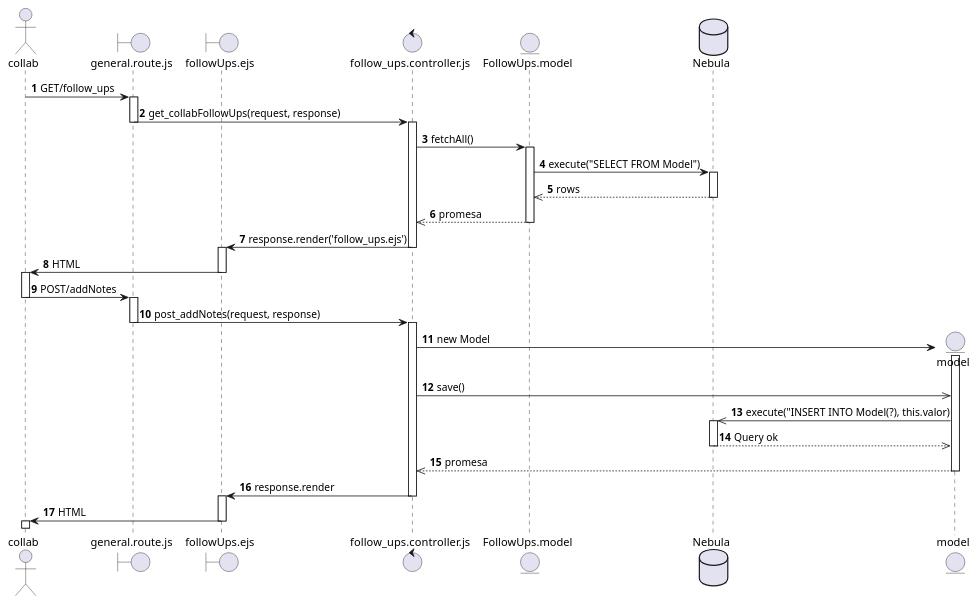
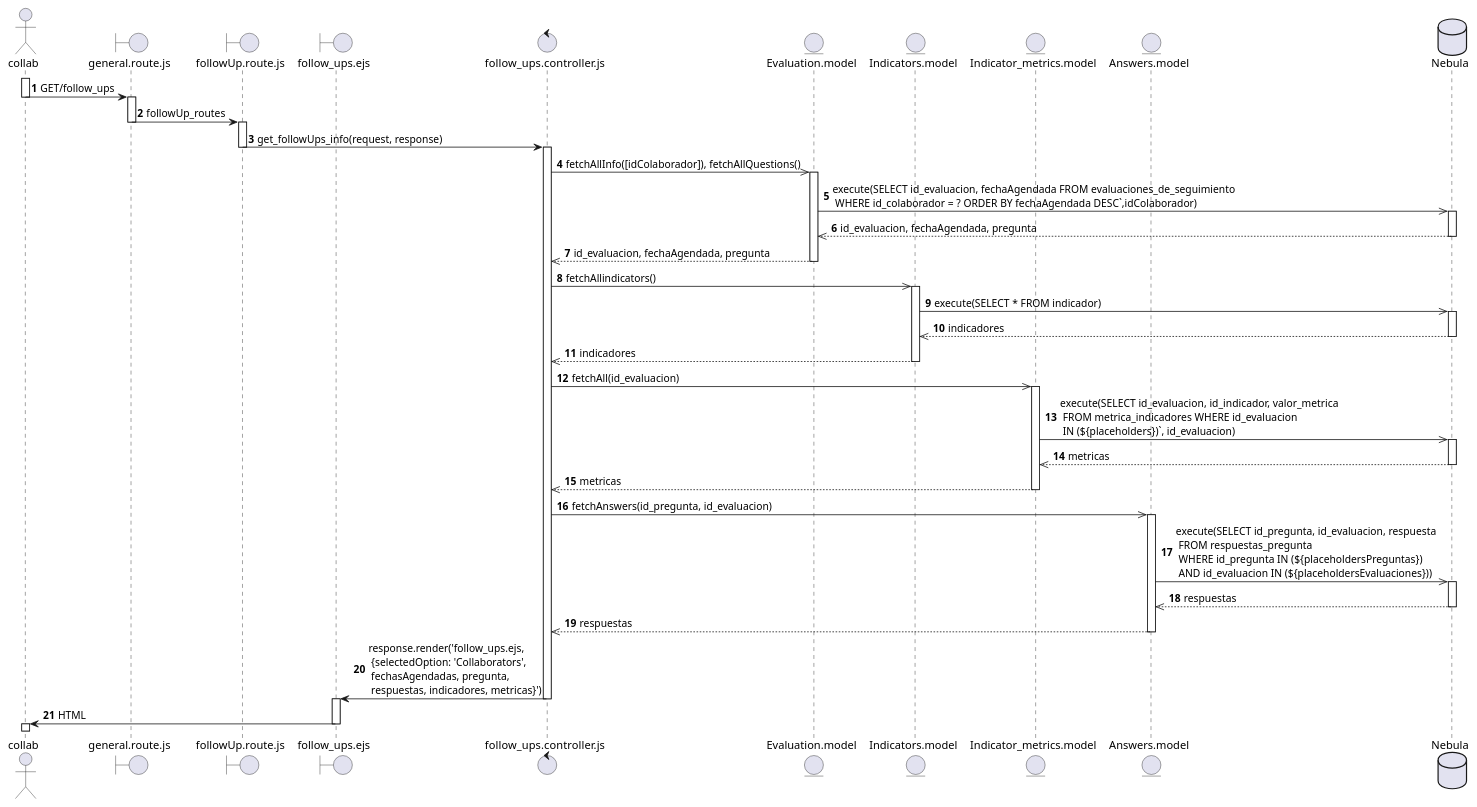
Before and after one commit to SALV19/Nebula_tc2005b: the diagram in diagramas_secuencia/collab_consults_follow-ups.puml, drawn with PlantUML.

Commit message:
[UPDATE] sequence diagram

```diff
--- a/diagramas_secuencia/collab_consults_follow-ups.puml
+++ b/diagramas_secuencia/collab_consults_follow-ups.puml
@@ -1,70 +1,71 @@
 @startuml REQ-12
 autonumber
 actor collab
-boundary general.route.js as followUpsRoutes
-boundary followUps.ejs as followUpsViews
+boundary general.route.js as GeneralRoutes
+boundary followUp.route.js as followUpsRoutes
+boundary follow_ups.ejs as followUpsViews
 control follow_ups.controller.js as followUpsController
-entity FollowUps.model as followUpsModel
-
+entity Evaluation.model as evalModel
+entity Indicators.model as IndiModel
+entity Indicator_metrics.model as IndiMetricModel
+entity Answers.model as AnsModel
 database Nebula as nebula
 
-collab -> followUpsRoutes : GET/follow_ups
+activate collab
+collab -> GeneralRoutes: GET/follow_ups
+deactivate collab
+activate GeneralRoutes
+
+GeneralRoutes -> followUpsRoutes: followUp_routes
+deactivate GeneralRoutes
 activate followUpsRoutes
 
-followUpsRoutes -> followUpsController: get_collabFollowUps(request, response)
+followUpsRoutes -> followUpsController: get_followUps_info(request, response)
 deactivate followUpsRoutes
 activate followUpsController
 
-followUpsController -> followUpsModel: fetchAll()
-activate followUpsModel
+followUpsController ->> evalModel: fetchAllInfo([idColaborador]), fetchAllQuestions()
+activate evalModel
+evalModel ->> nebula: execute(SELECT id_evaluacion, fechaAgendada FROM evaluaciones_de_seguimiento \n WHERE id_colaborador = ? ORDER BY fechaAgendada DESC`,idColaborador)
+activate nebula
+nebula -->> evalModel: id_evaluacion, fechaAgendada, pregunta
+deactivate nebula
+evalModel -->> followUpsController: id_evaluacion, fechaAgendada, pregunta
+deactivate evalModel
 
-followUpsModel -> nebula: execute("SELECT FROM Model")
+followUpsController ->> IndiModel: fetchAllindicators()
+activate IndiModel
+IndiModel ->> nebula: execute(SELECT * FROM indicador)
 activate nebula
+nebula -->> IndiModel: indicadores
+deactivate nebula
+IndiModel -->> followUpsController: indicadores
+deactivate IndiModel
 
-nebula -->> followUpsModel: rows
+followUpsController ->> IndiMetricModel: fetchAll(id_evaluacion)
+activate IndiMetricModel
+IndiMetricModel ->> nebula: execute(SELECT id_evaluacion, id_indicador, valor_metrica \n FROM metrica_indicadores WHERE id_evaluacion \n IN (${placeholders})`, id_evaluacion)
+activate nebula
+nebula -->> IndiMetricModel: metricas
 deactivate nebula
+IndiMetricModel -->> followUpsController: metricas
+deactivate IndiMetricModel
 
-followUpsModel -->> followUpsController: promesa
-deactivate followUpsModel
+followUpsController ->> AnsModel: fetchAnswers(id_pregunta, id_evaluacion)
+activate AnsModel
+AnsModel ->> nebula: execute(SELECT id_pregunta, id_evaluacion, respuesta \n FROM respuestas_pregunta \n WHERE id_pregunta IN (${placeholdersPreguntas}) \n AND id_evaluacion IN (${placeholdersEvaluaciones}))
+activate nebula
+nebula -->> AnsModel: respuestas
+deactivate nebula
+AnsModel -->> followUpsController: respuestas
+deactivate AnsModel
 
-followUpsController -> followUpsViews: response.render('follow_ups.ejs')
+followUpsController -> followUpsViews: response.render('follow_ups.ejs, \n {selectedOption: 'Collaborators', \n fechasAgendadas, pregunta, \n respuestas, indicadores, metricas}')
 deactivate followUpsController
 activate followUpsViews
 
 followUpsViews -> collab: HTML
 deactivate followUpsViews
 activate collab
 
-collab -> followUpsRoutes: POST/addNotes
-deactivate collab
-activate followUpsRoutes
-
-followUpsRoutes -> followUpsController: post_addNotes(request, response)
-deactivate followUpsRoutes
-activate followUpsController
-
-create entity model
-followUpsController -> model: new Model
-activate model
-
-followUpsController ->> model: save()
-
-model ->> nebula: execute("INSERT INTO Model(?), this.valor)
-activate nebula
-
-nebula -->> model: Query ok
-deactivate nebula
-
-model -->> followUpsController: promesa
-deactivate model
-
-followUpsController -> followUpsViews: response.render
-deactivate followUpsController
-activate followUpsViews
-
-followUpsViews -> collab: HTML
-deactivate followUpsViews
-activate collab
-deactivate collab
-
 @enduml
```
